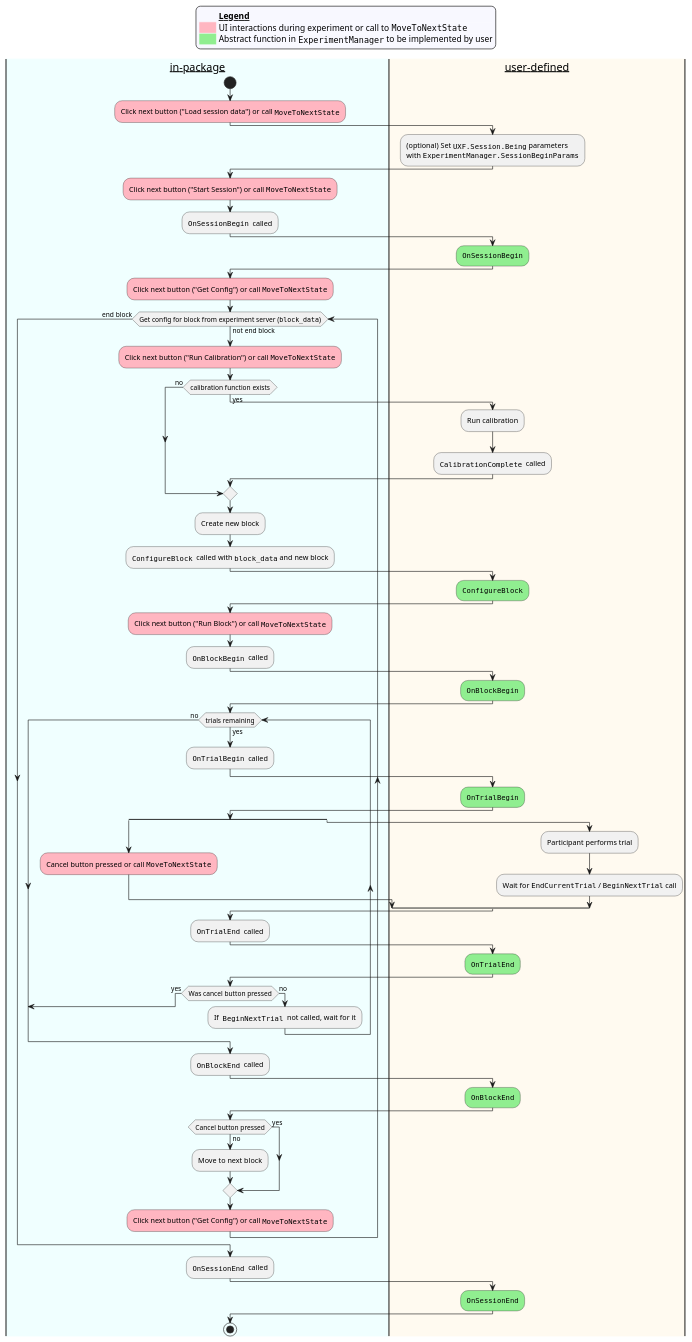
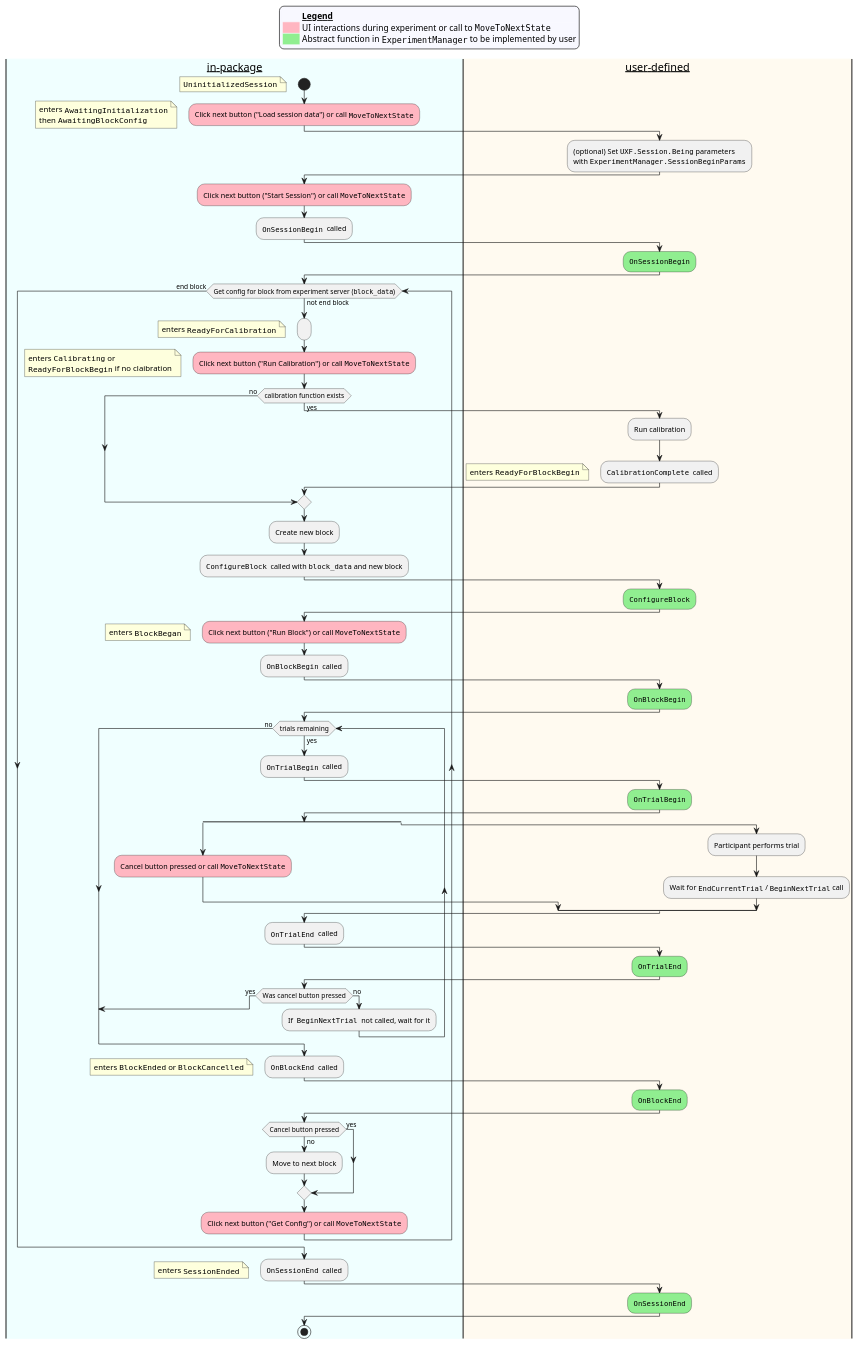
The diagram in Docs~/activity_chart.plantuml (ovi-lab/UXF-extensions), drawn with PlantUML before and after one commit. The commit also changed 1 other file, not shown here.

Commit message:
Updating activity diagram with states

```diff
--- a/Docs~/activity_chart.plantuml
+++ b/Docs~/activity_chart.plantuml
@@ -1,103 +1,119 @@
 @startuml
 skinparam legend {
   backgroundColor #GhostWhite
   entrySeparator #GhostWhite
 }
 
 legend top
   <#GhostWhite,#GhostWhite>|        |= __Legend__ |
   |<#lightpink>   | UI interactions during experiment or call to ""MoveToNextState""|
   |<#lightgreen>  | Abstract function in ""ExperimentManager"" to be implemented by user|
 endlegend
 
 |__in-package__|
 start
+floating note: ""UninitializedSession""
 #lightpink:Click next button ("Load session data") or call ""MoveToNextState"";
+floating note
+    enters ""AwaitingInitialization""
+    then ""AwaitingBlockConfig""
+end note
 |#FloralWhite|__user-defined__|
 :(optional) Set ""UXF.Session.Being"" parameters
 with ""ExperimentManager.SessionBeginParams"";
 |__in-package__|
 #lightpink:Click next button ("Start Session") or call ""MoveToNextState"";
 :""OnSessionBegin""  called;
 |__user-defined__|
 #lightgreen:""OnSessionBegin"";
 |#Azure|__in-package__|
-#lightpink:Click next button ("Get Config") or call ""MoveToNextState"";
+/'
+ ' #lightpink:Click next button ("Get Config") or call ""MoveToNextState"";
+ '/
 
 while (Get config for block from experiment server (""block_data"")) is (not end block)
-
+    :;
+    floating note: enters ""ReadyForCalibration""
     #lightpink:Click next button ("Run Calibration") or call ""MoveToNextState"";
+    floating note
+        enters ""Calibrating"" or
+        ""ReadyForBlockBegin"" if no claibration
+    end note
     if (calibration function exists) then (yes)
         |__user-defined__|
         :Run calibration;
         :""CalibrationComplete""  called;
+        floating note: enters ""ReadyForBlockBegin""
     else (no)
     endif
 
     |__in-package__|
     :Create new block;
     :""ConfigureBlock""  called with ""block_data"" and new block;
 
     |__user-defined__|
     #lightgreen:""ConfigureBlock"";
 
     |__in-package__|
     #lightpink:Click next button ("Run Block") or call ""MoveToNextState"";
+    floating note: enters ""BlockBegan""
     :""OnBlockBegin""  called;
 
     |__user-defined__|
     #lightgreen:""OnBlockBegin"";
 
     |__in-package__|
     while (trials remaining) is (yes)
 
         :""OnTrialBegin""  called;
 
         |__user-defined__|
         #lightgreen:""OnTrialBegin"";
 
         split
             |__in-package__|
             #lightpink:Cancel button pressed or call ""MoveToNextState"";
         split again
             |__user-defined__|
             :Participant performs trial;
             :Wait for ""EndCurrentTrial"" / ""BeginNextTrial"" call;
         end split
 
         |__in-package__|
         :""OnTrialEnd""  called;
 
         |__user-defined__|
         #lightgreen:""OnTrialEnd"";
 
         |__in-package__|
         if (Was cancel button pressed) then (yes)
             break
         else (no)
             :If  ""BeginNextTrial""  not called, wait for it;
         endif
     endwhile (no)
 
     :""OnBlockEnd""  called;
+    floating note: enters ""BlockEnded"" or ""BlockCancelled""
 
     |__user-defined__|
     #lightgreen:""OnBlockEnd"";
 
     |__in-package__|
     if (Cancel button pressed) then (no)
         :Move to next block;
     else (yes)
     endif
     #lightpink:Click next button ("Get Config") or call ""MoveToNextState"";
 
 endwhile (end block)
 
 :""OnSessionEnd""  called;
+floating note: enters ""SessionEnded""
 
 |__user-defined__|
 #lightgreen:""OnSessionEnd"";
 
 |__in-package__|
 stop
 @enduml
```
